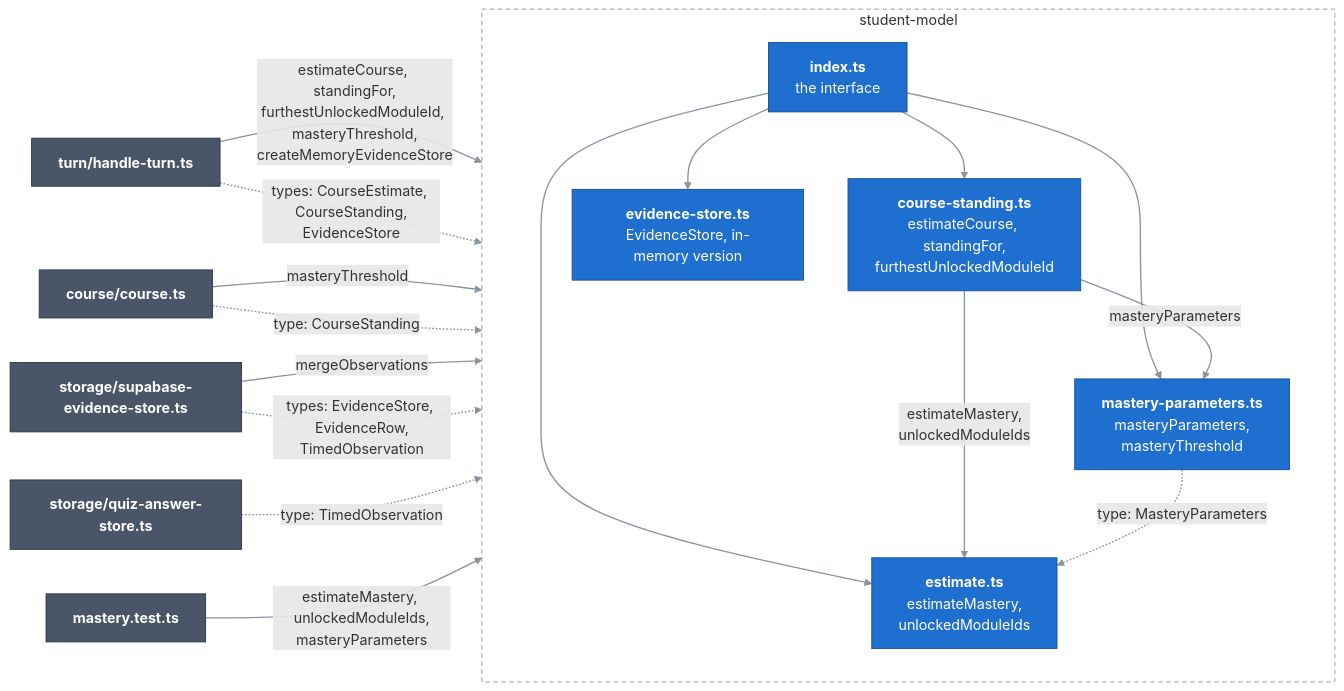
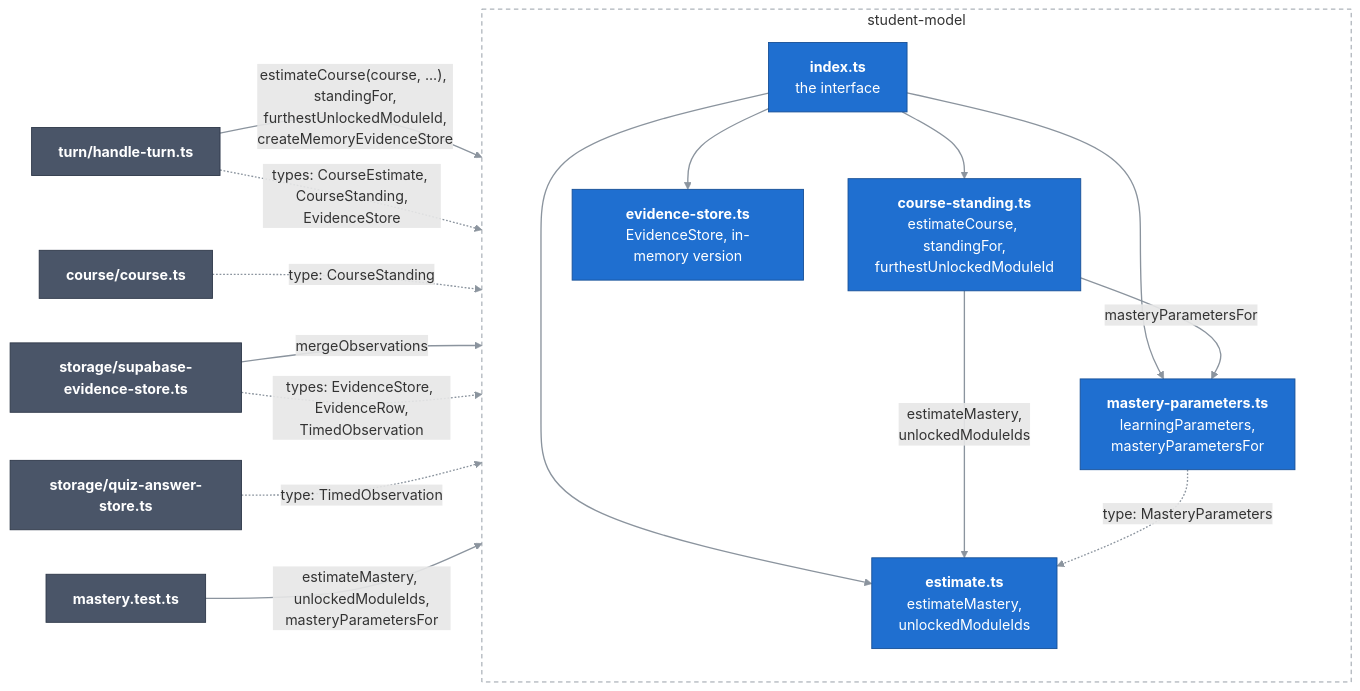
The diagram in docs/c4/03-components/server/05-student-model.md (Bill2926/COS40005_HN9_Verifiable_Co-Learner_Agent), drawn with Mermaid before and after one commit. The commit also changed other lines of this file and 30 other files, not shown here.

````diff
--- a/docs/c4/03-components/server/05-student-model.md
+++ b/docs/c4/03-components/server/05-student-model.md
@@ -12,39 +12,38 @@
 ```mermaid
 flowchart LR
   classDef comp fill:#1f6fd0,stroke:#164f96,color:#ffffff
   classDef near fill:#4a5568,stroke:#2d3748,color:#ffffff
   linkStyle default stroke:#8b949e,stroke-width:1.5px
 
   turn["<b>turn/handle-turn.ts</b>"]:::near
   course["<b>course/course.ts</b>"]:::near
   supaStore["<b>storage/supabase-evidence-store.ts</b>"]:::near
   quizStore["<b>storage/quiz-answer-store.ts</b>"]:::near
   tests["<b>mastery.test.ts</b>"]:::near
 
   subgraph sm["student-model"]
     direction TB
     index["<b>index.ts</b><br/>the interface"]:::comp
     standing["<b>course-standing.ts</b><br/>estimateCourse, standingFor,<br/>furthestUnlockedModuleId"]:::comp
     estimate["<b>estimate.ts</b><br/>estimateMastery,<br/>unlockedModuleIds"]:::comp
-    params["<b>mastery-parameters.ts</b><br/>masteryParameters,<br/>masteryThreshold"]:::comp
+    params["<b>mastery-parameters.ts</b><br/>learningParameters,<br/>masteryParametersFor"]:::comp
     ledger["<b>evidence-store.ts</b><br/>EvidenceStore, in-memory version"]:::comp
   end
 
-  turn -->|"estimateCourse, standingFor,<br/>furthestUnlockedModuleId, masteryThreshold,<br/>createMemoryEvidenceStore"| index
+  turn -->|"estimateCourse(course, ...), standingFor,<br/>furthestUnlockedModuleId,<br/>createMemoryEvidenceStore"| index
   turn -.->|"types: CourseEstimate, CourseStanding,<br/>EvidenceStore"| index
-  course -->|"masteryThreshold"| index
   course -.->|"type: CourseStanding"| index
   supaStore -->|"mergeObservations"| index
   supaStore -.->|"types: EvidenceStore, EvidenceRow,<br/>TimedObservation"| index
   quizStore -.->|"type: TimedObservation"| index
-  tests -->|"estimateMastery, unlockedModuleIds,<br/>masteryParameters"| index
+  tests -->|"estimateMastery, unlockedModuleIds,<br/>masteryParametersFor"| index
   index --> standing
   index --> estimate
   index --> params
   index --> ledger
   standing -->|"estimateMastery,<br/>unlockedModuleIds"| estimate
-  standing -->|"masteryParameters"| params
+  standing -->|"masteryParametersFor"| params
   params -.->|"type: MasteryParameters"| estimate
 
   style sm fill:none,stroke:#8b949e,stroke-dasharray:5 4
 ```
````
